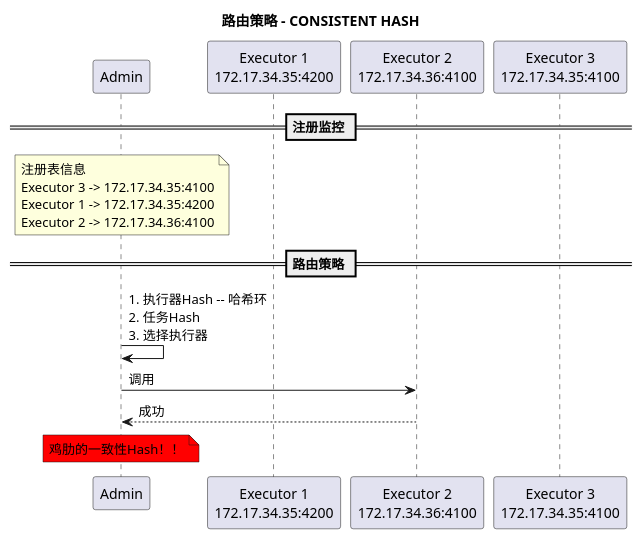
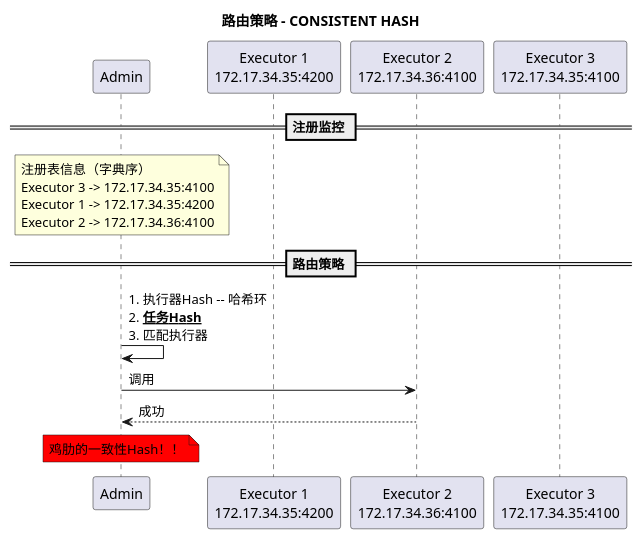
Before and after one commit to Sean-K-Wu/xxl-job: the diagram in doc/uml/sequence/admin/route-consistent-hash.puml, drawn with PlantUML. The commit also changed 13 other files, not shown here.

```diff
--- a/doc/uml/sequence/admin/route-consistent-hash.puml
+++ b/doc/uml/sequence/admin/route-consistent-hash.puml
@@ -1,29 +1,29 @@
 @startuml
 title 路由策略 - CONSISTENT HASH
 
 participant a as "Admin" order 10
 participant e1 as "Executor 1\n172.17.34.35:4200" order 20
 participant e2 as "Executor 2\n172.17.34.36:4100" order 30
 participant e3 as "Executor 3\n172.17.34.35:4100" order 40
 
 == 注册监控 ==
 note over a
-    注册表信息
+    注册表信息（字典序）
     Executor 3 -> 172.17.34.35:4100
     Executor 1 -> 172.17.34.35:4200
     Executor 2 -> 172.17.34.36:4100
 end note
 
 == 路由策略 ==
 a -> a : \
 1. 执行器Hash -- 哈希环\n\
-2. 任务Hash\n\
-3. 选择执行器
+2. __**任务Hash**__\n\
+3. 匹配执行器
 
 a -> e2 : 调用
 a <-- e2 : 成功
 
 note over a #red
     鸡肋的一致性Hash！！
 end note
 @enduml
```
